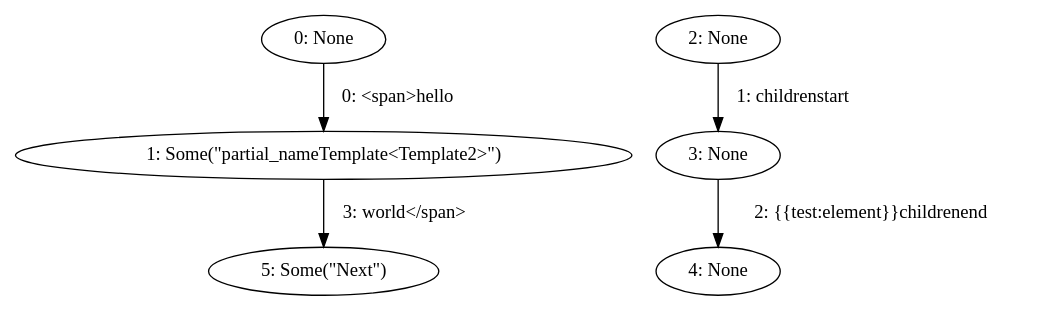
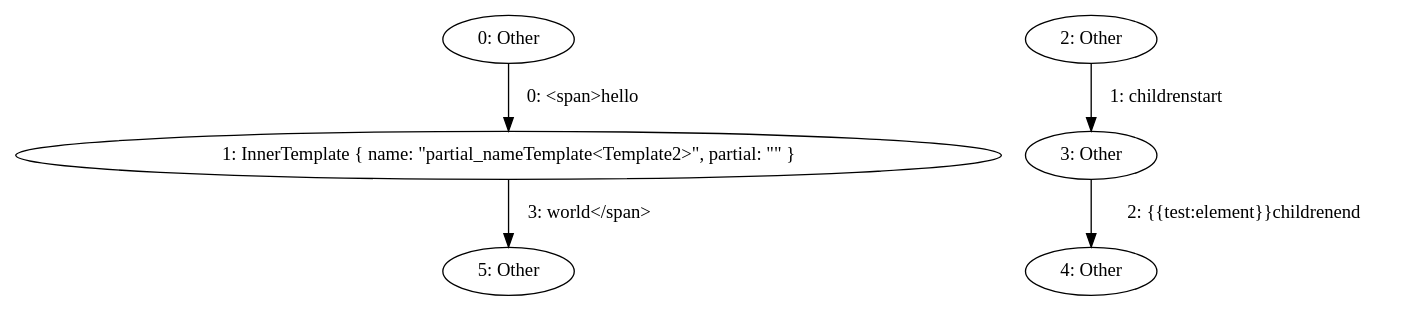
Before and after one commit to mohe2015/zero-cost-templating: the diagram in partial_block.dot, drawn with Graphviz. The commit also changed 6 other files, not shown here.

```diff
--- a/partial_block.dot
+++ b/partial_block.dot
@@ -1,12 +1,12 @@
 digraph {
-    0 [ label = "0: None" ]
-    1 [ label = "1: Some(\"partial_nameTemplate<Template2>\")" ]
-    2 [ label = "2: None" ]
-    3 [ label = "3: None" ]
-    4 [ label = "4: None" ]
-    5 [ label = "5: Some(\"Next\")" ]
+    0 [ label = "0: Other" ]
+    1 [ label = "1: InnerTemplate { name: \"partial_nameTemplate<Template2>\", partial: \"\" }" ]
+    2 [ label = "2: Other" ]
+    3 [ label = "3: Other" ]
+    4 [ label = "4: Other" ]
+    5 [ label = "5: Other" ]
     0 -> 1 [ label = "0: <span>hello" ]
     2 -> 3 [ label = "1: childrenstart" ]
     3 -> 4 [ label = "2: {{test:element}}childrenend" ]
     1 -> 5 [ label = "3: world</span>" ]
 }
```
